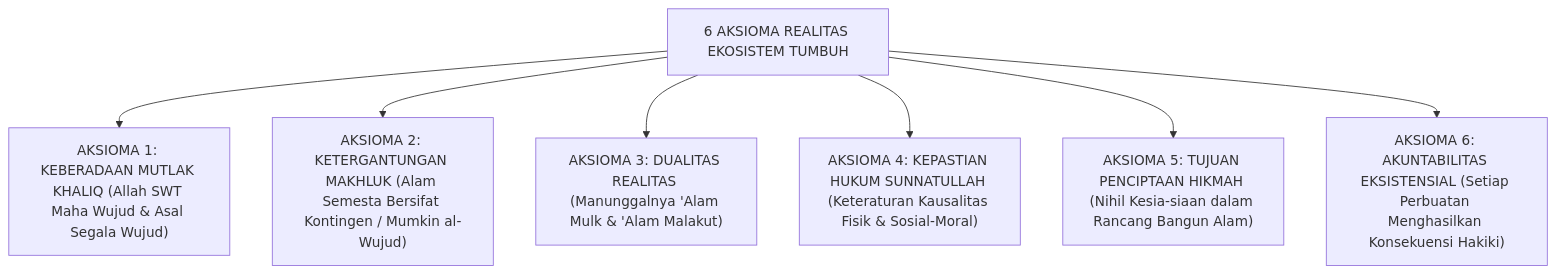
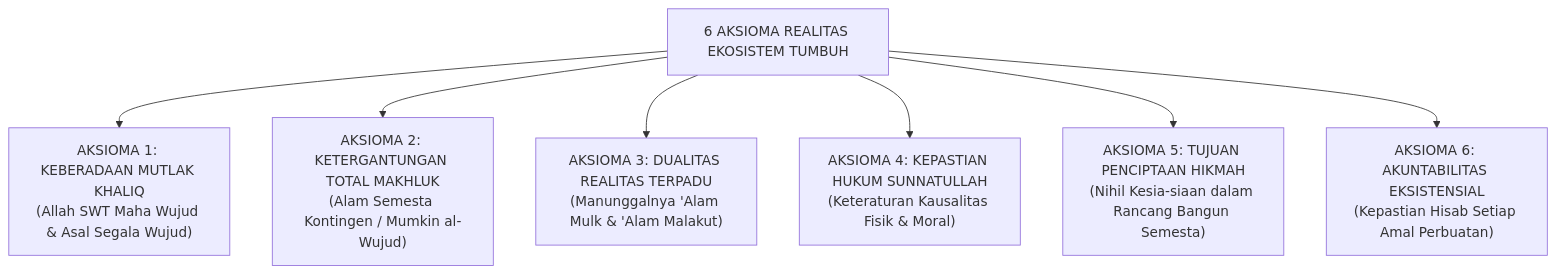
Before and after one commit to wandiapriliyandi/tumbuh: the sixth of 6 diagrams in 01 Philosophy/01 Worldview/P1-01-01-02-Aksioma-Realitas.md, drawn with Mermaid. The commit also changed other lines of this file and 3 other files, not shown here.

Commit message:
feat(worldview): standarisasi monograf terpadu P1-01-01-02 Aksioma Realitas dan pembersihan struktur sitemap

````diff
--- a/01 Philosophy/01 Worldview/P1-01-01-02-Aksioma-Realitas.md
+++ b/01 Philosophy/01 Worldview/P1-01-01-02-Aksioma-Realitas.md
@@ -30,11 +229,11 @@
 ```mermaid
 graph TD
     AksiomaMaster["6 AKSIOMA REALITAS EKOSISTEM TUMBUH"]
     
-    AksiomaMaster --> A1["AKSIOMA 1: KEBERADAAN MUTLAK KHALIQ (Allah SWT Maha Wujud & Asal Segala Wujud)"]
-    AksiomaMaster --> A2["AKSIOMA 2: KETERGANTUNGAN MAKHLUK (Alam Semesta Bersifat Kontingen / Mumkin al-Wujud)"]
-    AksiomaMaster --> A3["AKSIOMA 3: DUALITAS REALITAS (Manunggalnya 'Alam Mulk & 'Alam Malakut)"]
-    AksiomaMaster --> A4["AKSIOMA 4: KEPASTIAN HUKUM SUNNATULLAH (Keteraturan Kausalitas Fisik & Sosial-Moral)"]
-    AksiomaMaster --> A5["AKSIOMA 5: TUJUAN PENCIPTAAN HIKMAH (Nihil Kesia-siaan dalam Rancang Bangun Alam)"]
-    AksiomaMaster --> A6["AKSIOMA 6: AKUNTABILITAS EKSISTENSIAL (Setiap Perbuatan Menghasilkan Konsekuensi Hakiki)"]
+    AksiomaMaster --> A1["AKSIOMA 1: KEBERADAAN MUTLAK KHALIQ<br/>(Allah SWT Maha Wujud & Asal Segala Wujud)"]
+    AksiomaMaster --> A2["AKSIOMA 2: KETERGANTUNGAN TOTAL MAKHLUK<br/>(Alam Semesta Kontingen / Mumkin al-Wujud)"]
+    AksiomaMaster --> A3["AKSIOMA 3: DUALITAS REALITAS TERPADU<br/>(Manunggalnya 'Alam Mulk & 'Alam Malakut)"]
+    AksiomaMaster --> A4["AKSIOMA 4: KEPASTIAN HUKUM SUNNATULLAH<br/>(Keteraturan Kausalitas Fisik & Moral)"]
+    AksiomaMaster --> A5["AKSIOMA 5: TUJUAN PENCIPTAAN HIKMAH<br/>(Nihil Kesia-siaan dalam Rancang Bangun Semesta)"]
+    AksiomaMaster --> A6["AKSIOMA 6: AKUNTABILITAS EKSISTENSIAL<br/>(Kepastian Hisab Setiap Amal Perbuatan)"]
 ```
````
